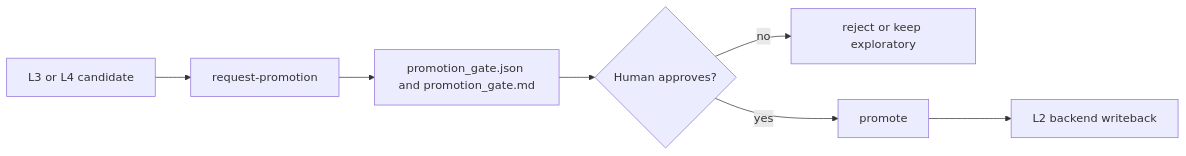
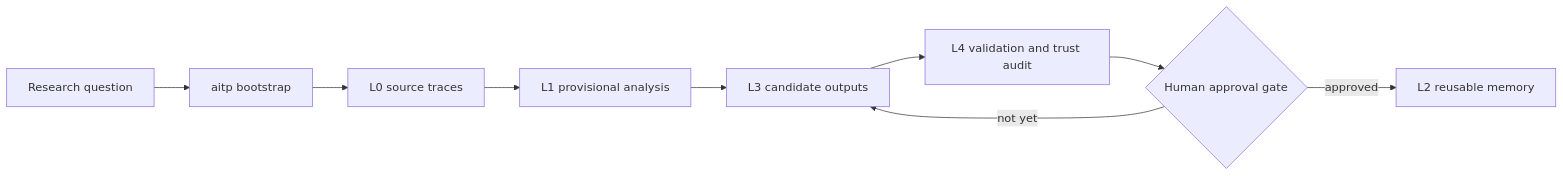
The diagram in README.md (bhjia-phys/AITP-Research-Protocol), drawn with Mermaid before and after one commit. The commit also changed other lines of this file, not shown here.

````diff
--- a/README.md
+++ b/README.md
@@ -301,9 +101,11 @@
 ```mermaid
 flowchart LR
-    A[L3 or L4 candidate] --> B[request-promotion]
-    B --> C[promotion_gate.json and promotion_gate.md]
-    C --> D{Human approves?}
-    D -->|no| E[reject or keep exploratory]
-    D -->|yes| F[promote]
-    F --> G[L2 backend writeback]
+    A[Research question] --> B[aitp bootstrap]
+    B --> C[L0 source traces]
+    C --> D[L1 provisional analysis]
+    D --> E[L3 candidate outputs]
+    E --> F[L4 validation and trust audit]
+    F --> G{Human approval gate}
+    G -->|approved| H[L2 reusable memory]
+    G -->|not yet| E
 ```
````
